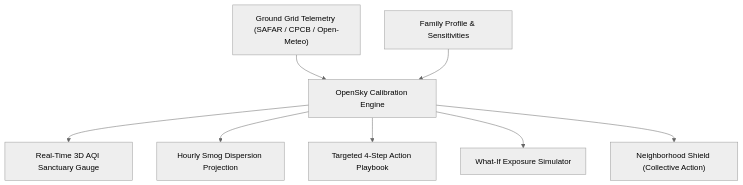
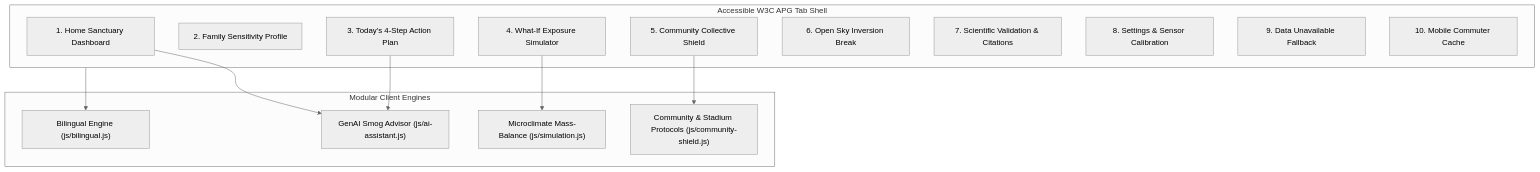
One commit to vyshukandikanti/OpenSky changed the diagram in README.md. Above: the diagram before and after it, drawn with Mermaid (neutral theme). The commit also changed other lines of this file and 18 other files, not shown here.

Commit message:
Upgrade: Modular JS architecture, zero innerHTML, GenAI Smog Advisor, and 31 unit/integration tests

````diff
--- a/README.md
+++ b/README.md
@@ -29,10 +40,27 @@
 ```mermaid
 flowchart TD
-    A["Ground Grid Telemetry (SAFAR / CPCB / Open-Meteo)"] --> B["OpenSky Calibration Engine"]
-    C["Family Profile & Sensitivities"] --> B
-    B --> D["Real-Time 3D AQI Sanctuary Gauge"]
-    B --> E["Hourly Smog Dispersion Projection"]
-    B --> F["Targeted 4-Step Action Playbook"]
-    B --> G["What-If Exposure Simulator"]
-    B --> H["Neighborhood Shield (Collective Action)"]
+    subgraph UI ["Accessible W3C APG Tab Shell"]
+      S1["1. Home Sanctuary Dashboard"]
+      S2["2. Family Sensitivity Profile"]
+      S3["3. Today's 4-Step Action Plan"]
+      S4["4. What-If Exposure Simulator"]
+      S5["5. Community Collective Shield"]
+      S6["6. Open Sky Inversion Break"]
+      S7["7. Scientific Validation & Citations"]
+      S8["8. Settings & Sensor Calibration"]
+      S9["9. Data Unavailable Fallback"]
+      S10["10. Mobile Commuter Cache"]
+    end
+
+    subgraph Engines ["Modular Client Engines"]
+      AI["GenAI Smog Advisor (js/ai-assistant.js)"]
+      Sim["Microclimate Mass-Balance (js/simulation.js)"]
+      Comm["Community & Stadium Protocols (js/community-shield.js)"]
+      Lang["Bilingual Engine (js/bilingual.js)"]
+    end
+
+    S1 & S3 --> AI
+    S4 --> Sim
+    S5 --> Comm
+    UI --> Lang
 ```
````
